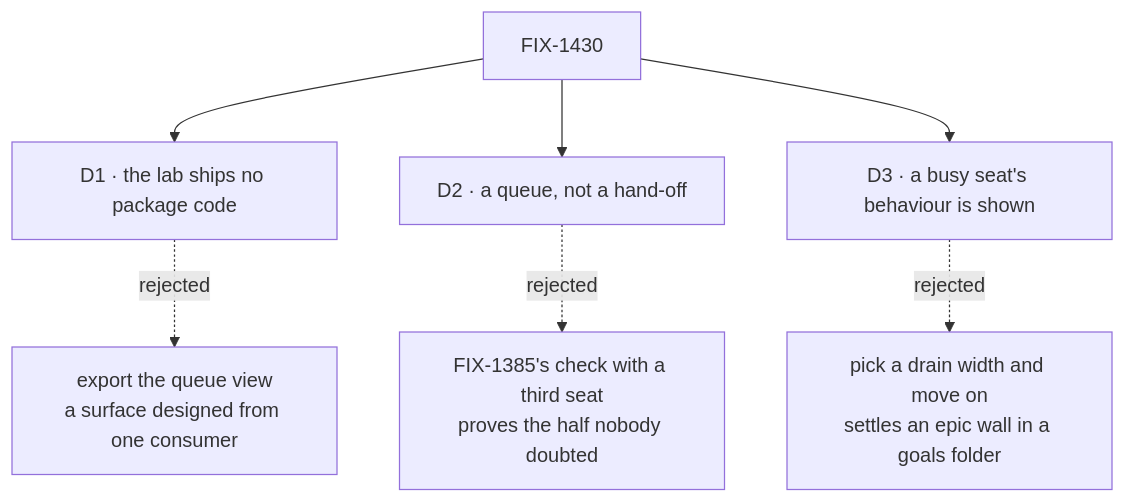
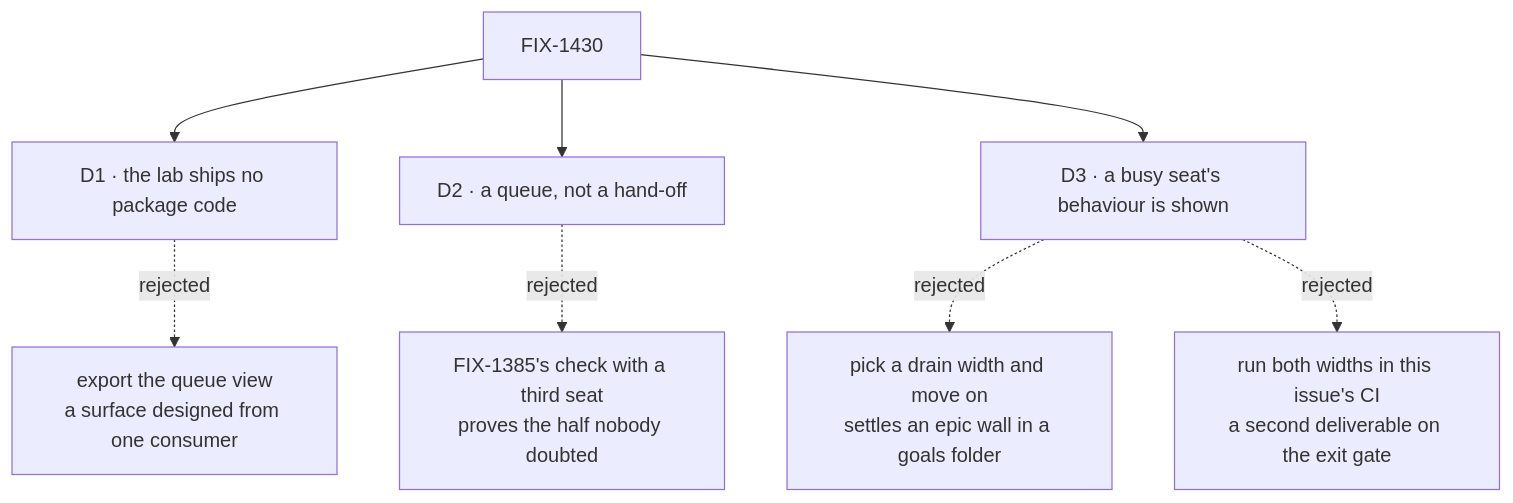
One commit to fixpoint-labs/flow-state-dev changed the diagram in spec/FIX-1430/DECISIONS.md. Above: the diagram before and after it, drawn with Mermaid. The commit also changed other lines of this file and 4 other files, not shown here.

````diff
--- a/spec/FIX-1430/DECISIONS.md
+++ b/spec/FIX-1430/DECISIONS.md
@@ -9,9 +9,10 @@
 ```mermaid
 flowchart TD
   I["FIX-1430"] --> D1["D1 · the lab ships no package code"]
   D1 -.->|"rejected"| X1["export the queue view<br/>a surface designed from one consumer"]
   I --> D2["D2 · a queue, not a hand-off"]
   D2 -.->|"rejected"| X2["FIX-1385's check with a third seat<br/>proves the half nobody doubted"]
   I --> D3["D3 · a busy seat's behaviour is shown"]
   D3 -.->|"rejected"| X3["pick a drain width and move on<br/>settles an epic wall in a goals folder"]
+  D3 -.->|"rejected"| X4["run both widths in this issue's CI<br/>a second deliverable on the exit gate"]
 ```
````
